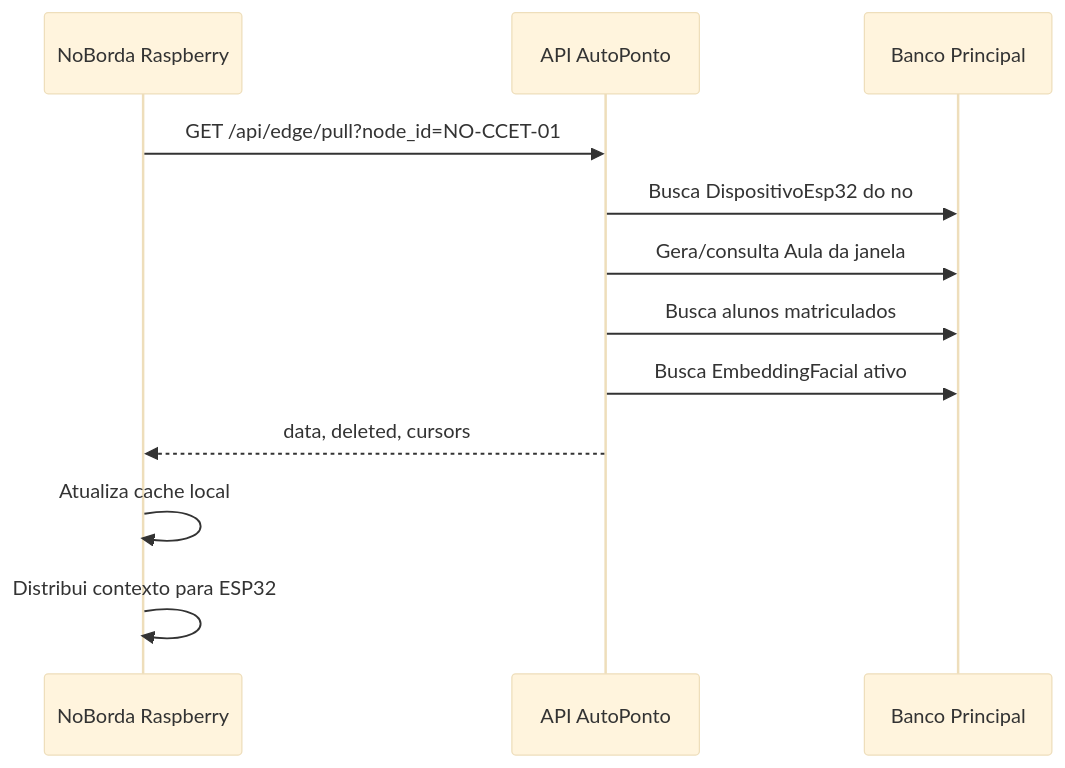
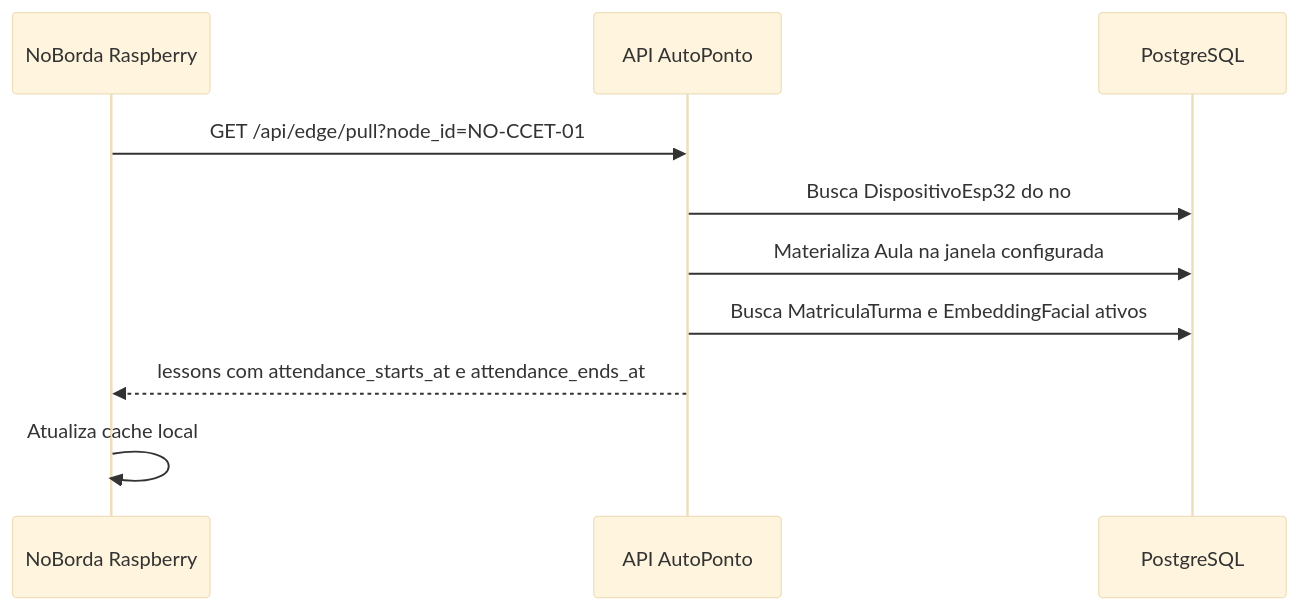
Before and after one commit to DanielKGM/autoponto: the sixth of 12 diagrams in autoponto-backend/docs/diagramas-tcc.md, drawn with Mermaid (base theme). The commit also changed other lines of this file and 46 other files, not shown here.

First line of the commit message:
feat: update edge reference changes to include new attendance fields and status management

````diff
--- a/autoponto-backend/docs/diagramas-tcc.md
+++ b/autoponto-backend/docs/diagramas-tcc.md
@@ -238,15 +207,13 @@
 ```mermaid
 sequenceDiagram
     participant Edge as NoBorda Raspberry
     participant API as API AutoPonto
-    participant DB as Banco Principal
+    participant DB as PostgreSQL
 
     Edge->>API: GET /api/edge/pull?node_id=NO-CCET-01
     API->>DB: Busca DispositivoEsp32 do no
-    API->>DB: Gera/consulta Aula da janela
-    API->>DB: Busca alunos matriculados
-    API->>DB: Busca EmbeddingFacial ativo
-    API-->>Edge: data, deleted, cursors
+    API->>DB: Materializa Aula na janela configurada
+    API->>DB: Busca MatriculaTurma e EmbeddingFacial ativos
+    API-->>Edge: lessons com attendance_starts_at e attendance_ends_at
     Edge->>Edge: Atualiza cache local
-    Edge->>Edge: Distribui contexto para ESP32
 ```
````
